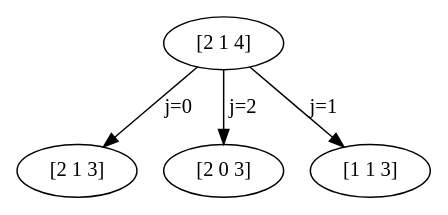
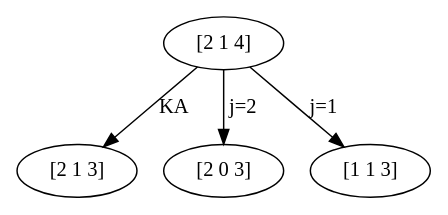
Before and after one commit to rb4k/MA-DP: the diagram in Bilder/beispiel0.dot, drawn with Graphviz. The commit also changed 11 other files, not shown here.

```diff
--- a/Bilder/beispiel0.dot
+++ b/Bilder/beispiel0.dot
@@ -1,40 +1,40 @@
 digraph  {
 	node [label="\N"];
 4 [capacity="[2 1]",
 label="[2 1 4]",
 time=4,
 value=231.25];
 3 [capacity="[2 1]",
 label="[2 1 3]",
 time=3,
 value=0];
-4 -> 3 [label="j=0",
+4 -> 3 [label="KA",
 goal="[2 1 3]",
 not_best_politic=True,
 revenue=0,
 time=4,
 weight=0,
 weight_goal=191.688];
 8 [capacity="[2 0]",
 label="[2 0 3]",
 time=3,
 value=137.5];
 4 -> 8 [label="j=2",
 goal="[2 0 3]",
 not_best_politic=False,
 revenue=200,
 time=4,
 weight=145.812,
 weight_goal=137.5];
 13 [capacity="[1 1]",
 label="[1 1 3]",
 time=3,
 value=141.703];
 4 -> 13 [label="j=1",
 goal="[1 1 3]",
 not_best_politic=True,
 revenue=100,
 time=4,
 weight=50.0156,
 weight_goal=141.703];
 }
```
